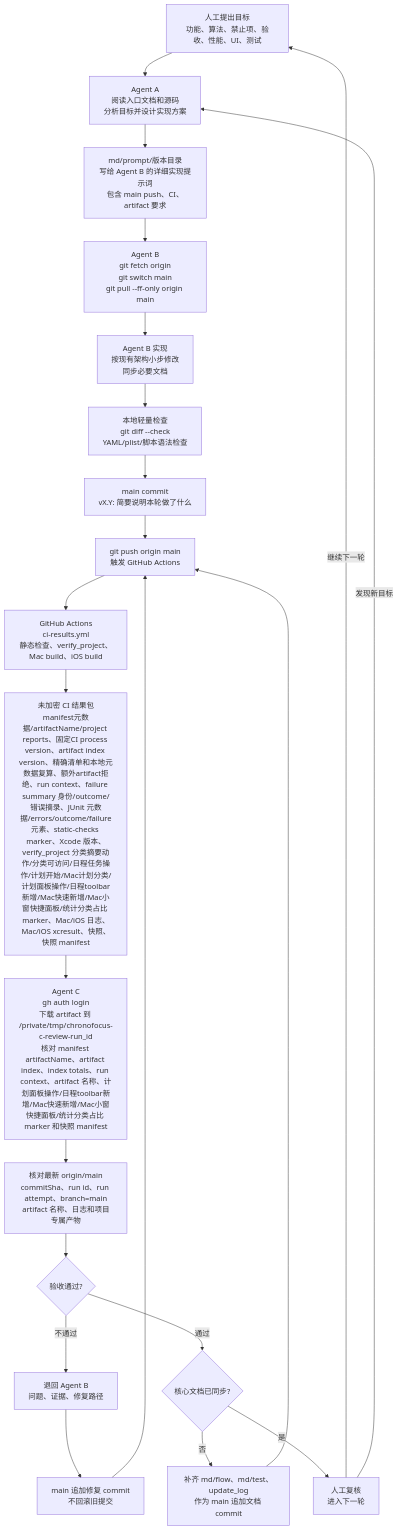
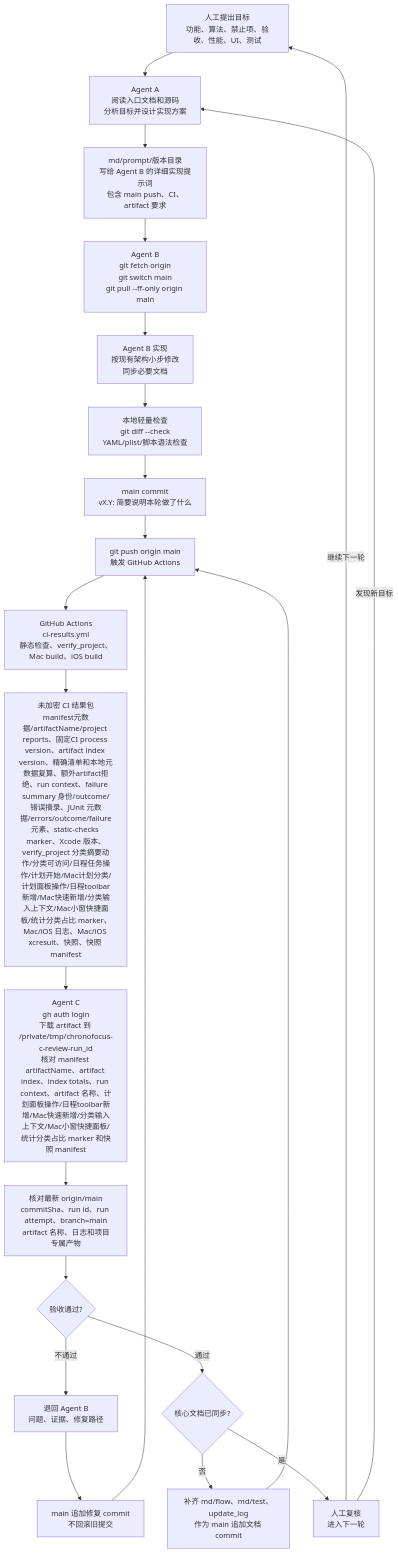
The fifth of 6 diagrams in md/flow/flowchart.md (Altman-sam114/114), drawn with Mermaid before and after one commit. The commit also changed other lines of this file and 9 other files, not shown here.

````diff
--- a/md/flow/flowchart.md
+++ b/md/flow/flowchart.md
@@ -102,24 +102,24 @@
 ```mermaid
 flowchart TD
   H["人工提出目标<br/>功能、算法、禁止项、验收、性能、UI、测试"] --> A["Agent A<br/>阅读入口文档和源码<br/>分析目标并设计实现方案"]
   A --> P["md/prompt/版本目录<br/>写给 Agent B 的详细实现提示词<br/>包含 main push、CI、artifact 要求"]
   P --> B0["Agent B<br/>git fetch origin<br/>git switch main<br/>git pull --ff-only origin main"]
   B0 --> B1["Agent B 实现<br/>按现有架构小步修改<br/>同步必要文档"]
   B1 --> L["本地轻量检查<br/>git diff --check<br/>YAML/plist/脚本语法检查"]
   L --> G["main commit<br/>vX.Y: 简要说明本轮做了什么"]
   G --> PUSH["git push origin main<br/>触发 GitHub Actions"]
   PUSH --> CI["GitHub Actions<br/>ci-results.yml<br/>静态检查、verify_project、Mac build、iOS build"]
-  CI --> ART["未加密 CI 结果包<br/>manifest元数据/artifactName/project reports、固定CI process version、artifact index version、精确清单和本地元数据复算、额外artifact拒绝、run context、failure summary 身份/outcome/错误摘录、JUnit 元数据/errors/outcome/failure元素、static-checks marker、Xcode 版本、verify_project 分类摘要动作/分类可访问/日程任务操作/计划开始/Mac计划分类/计划面板操作/日程toolbar新增/Mac快速新增/Mac小窗快捷面板/统计分类占比 marker、Mac/iOS 日志、Mac/iOS xcresult、快照、快照 manifest"]
-  ART --> C["Agent C<br/>gh auth login<br/>下载 artifact 到 /private/tmp/chronofocus-c-review-run_id<br/>核对 manifest artifactName、artifact index、index totals、run context、artifact 名称、计划面板操作/日程toolbar新增/Mac快速新增/Mac小窗快捷面板/统计分类占比 marker 和快照 manifest"]
+  CI --> ART["未加密 CI 结果包<br/>manifest元数据/artifactName/project reports、固定CI process version、artifact index version、精确清单和本地元数据复算、额外artifact拒绝、run context、failure summary 身份/outcome/错误摘录、JUnit 元数据/errors/outcome/failure元素、static-checks marker、Xcode 版本、verify_project 分类摘要动作/分类可访问/日程任务操作/计划开始/Mac计划分类/计划面板操作/日程toolbar新增/Mac快速新增/分类输入上下文/Mac小窗快捷面板/统计分类占比 marker、Mac/iOS 日志、Mac/iOS xcresult、快照、快照 manifest"]
+  ART --> C["Agent C<br/>gh auth login<br/>下载 artifact 到 /private/tmp/chronofocus-c-review-run_id<br/>核对 manifest artifactName、artifact index、index totals、run context、artifact 名称、计划面板操作/日程toolbar新增/Mac快速新增/分类输入上下文/Mac小窗快捷面板/统计分类占比 marker 和快照 manifest"]
   C --> V["核对最新 origin/main<br/>commitSha、run id、run attempt、branch=main<br/>artifact 名称、日志和项目专属产物"]
   V --> PASS{"验收通过?"}
   PASS -->|不通过| BACK["退回 Agent B<br/>问题、证据、修复路径"]
   BACK --> FIX["main 追加修复 commit<br/>不回滚旧提交"]
   FIX --> PUSH
   PASS -->|通过| DOC{"核心文档已同步?"}
   DOC -->|否| D["补齐 md/flow、md/test、update_log<br/>作为 main 追加文档 commit"]
   D --> PUSH
   DOC -->|是| J["人工复核<br/>进入下一轮"]
   J -->|继续下一轮| H
   J -->|发现新目标| A
 ```
````
